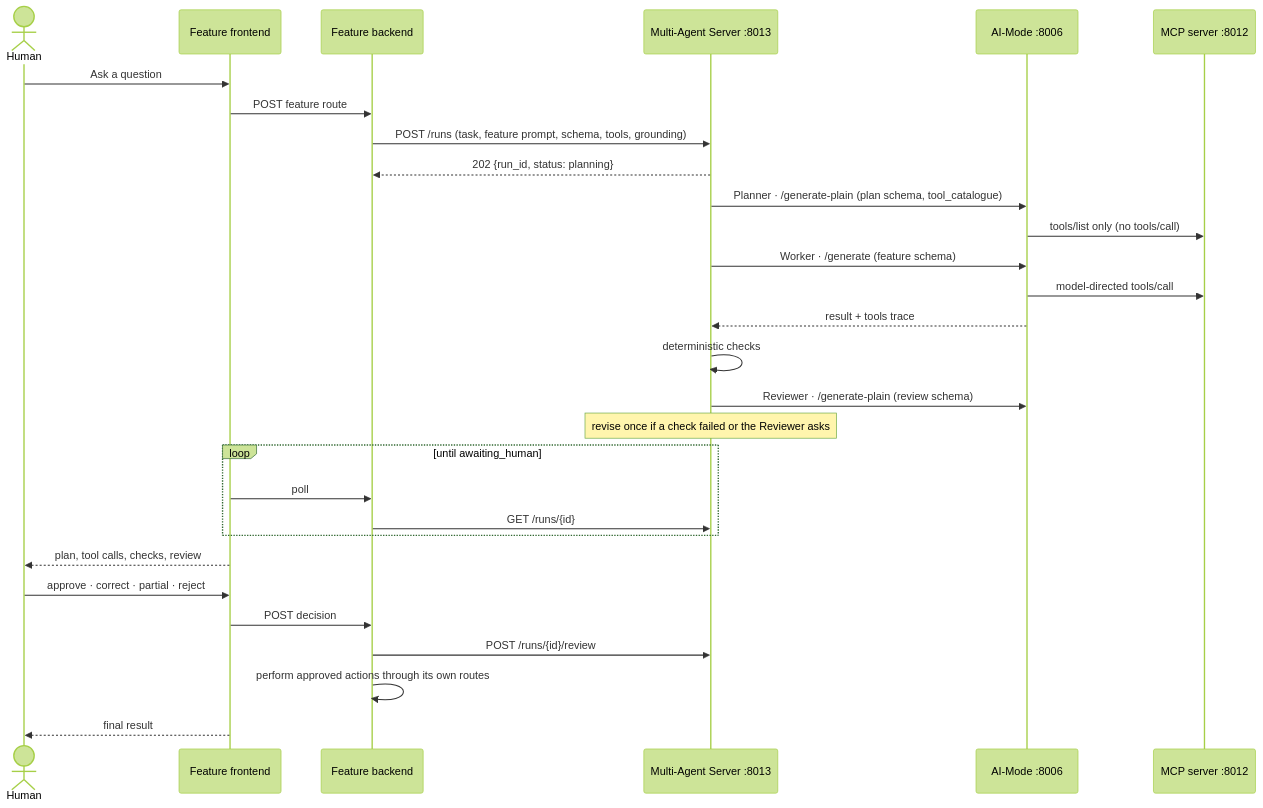
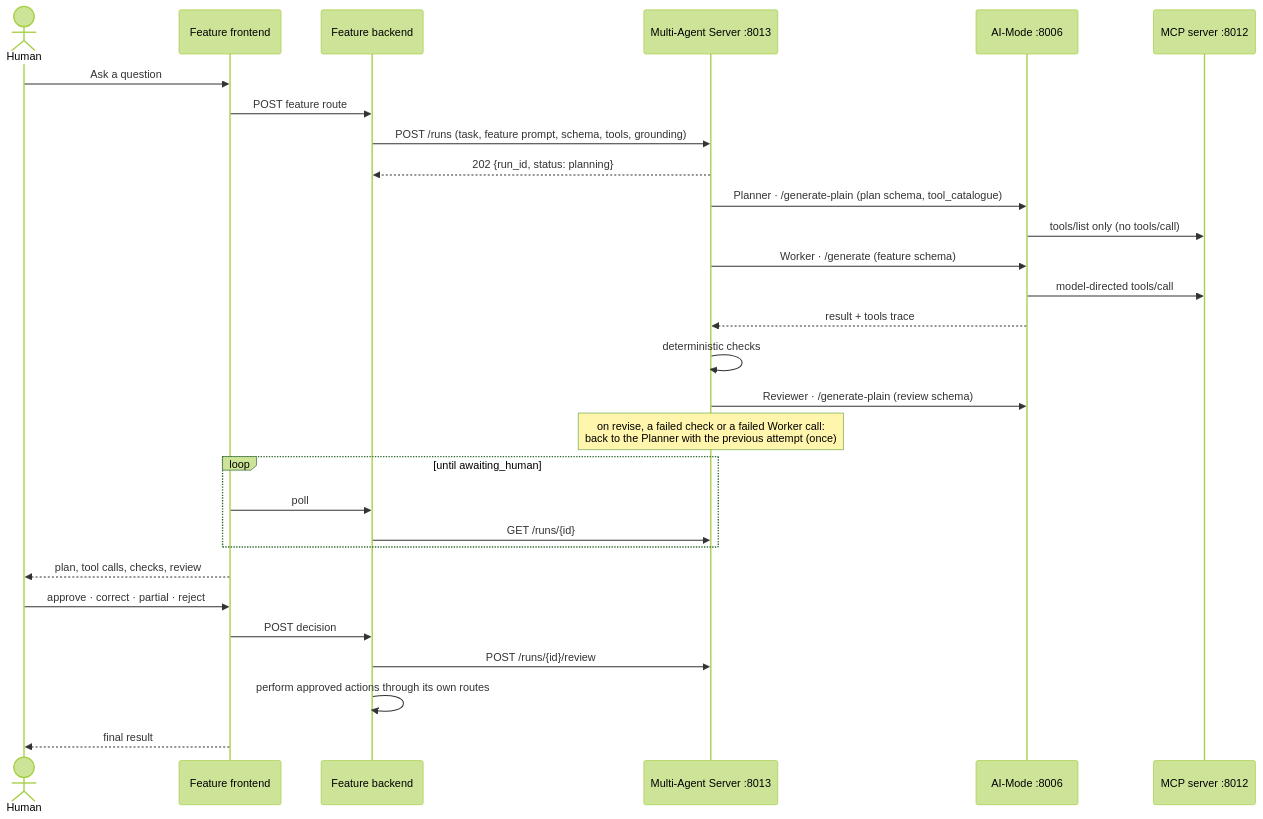
Before and after one commit to JulianKirk/TripGenie: the diagram in docs/architecture/release-2-multi-agent-contract.md, drawn with Mermaid (forest theme). The commit also changed other lines of this file and 8 other files, not shown here.

````diff
--- a/docs/architecture/release-2-multi-agent-contract.md
+++ b/docs/architecture/release-2-multi-agent-contract.md
@@ -9,32 +9,32 @@
 ```mermaid
 sequenceDiagram
     actor Human
     participant UI as Feature frontend
     participant API as Feature backend
     participant MA as Multi-Agent Server :8013
     participant AI as AI-Mode :8006
     participant MCP as MCP server :8012
 
     Human->>UI: Ask a question
     UI->>API: POST feature route
     API->>MA: POST /runs (task, feature prompt, schema, tools, grounding)
     MA-->>API: 202 {run_id, status: planning}
     MA->>AI: Planner · /generate-plain (plan schema, tool_catalogue)
     AI->>MCP: tools/list only (no tools/call)
     MA->>AI: Worker · /generate (feature schema)
     AI->>MCP: model-directed tools/call
     AI-->>MA: result + tools trace
     MA->>MA: deterministic checks
     MA->>AI: Reviewer · /generate-plain (review schema)
-    Note over MA: revise once if a check failed or the Reviewer asks
+    Note over MA: on revise, a failed check or a failed Worker call:<br/>back to the Planner with the previous attempt (once)
     loop until awaiting_human
         UI->>API: poll
         API->>MA: GET /runs/{id}
     end
     UI-->>Human: plan, tool calls, checks, review
     Human->>UI: approve · correct · partial · reject
     UI->>API: POST decision
     API->>MA: POST /runs/{id}/review
     API->>API: perform approved actions through its own routes
     UI-->>Human: final result
 ```
````
